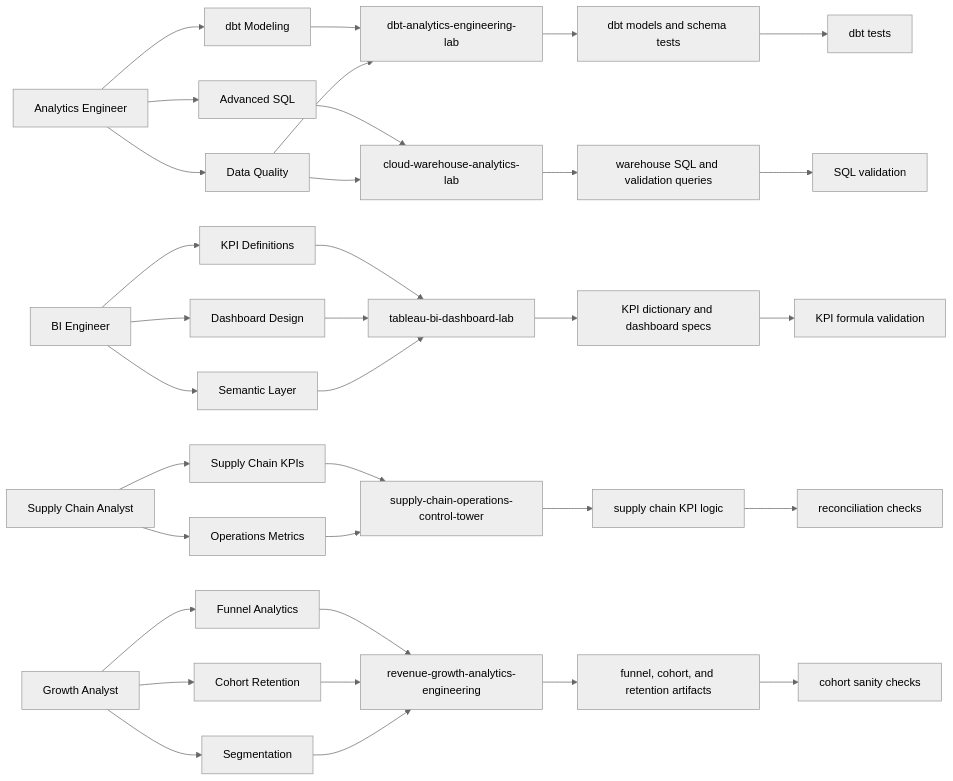
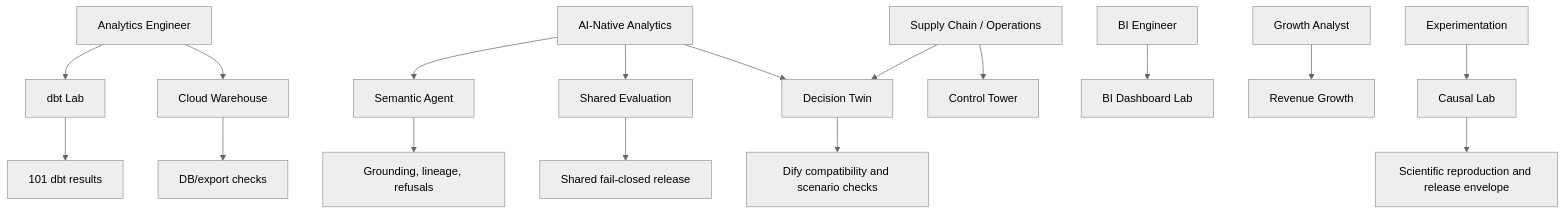
Before and after one commit to net421/AI-Native-Analytics-Portfolio-Roadmap: the diagram in EVIDENCE_GRAPH.md, drawn with Mermaid (neutral theme). The commit also changed other lines of this file, not shown here.

Commit message:
Update final portfolio evidence graph

````diff
--- a/EVIDENCE_GRAPH.md
+++ b/EVIDENCE_GRAPH.md
@@ -182,45 +11,20 @@
 ```mermaid
-flowchart LR
-    R1[Analytics Engineer] --> S1[dbt Modeling]
-    R1 --> S2[Advanced SQL]
-    R1 --> S3[Data Quality]
+flowchart TD
+    AE[Analytics Engineer] --> DBT[dbt Lab]
+    AE --> CW[Cloud Warehouse]
+    AI[AI-Native Analytics] --> SA[Semantic Agent]
+    AI --> EV[Shared Evaluation]
+    AI --> DT[Decision Twin]
+    SC[Supply Chain / Operations] --> SCT[Control Tower]
+    SC --> DT
+    BI[BI Engineer] --> DASH[BI Dashboard Lab]
+    GR[Growth Analyst] --> REV[Revenue Growth]
+    EXP[Experimentation] --> CAUSAL[Causal Lab]
 
-    R2[BI Engineer] --> S4[KPI Definitions]
-    R2 --> S5[Dashboard Design]
-    R2 --> S6[Semantic Layer]
-
-    R3[Supply Chain Analyst] --> S7[Supply Chain KPIs]
-    R3 --> S8[Operations Metrics]
-
-    R4[Growth Analyst] --> S9[Funnel Analytics]
-    R4 --> S10[Cohort Retention]
-    R4 --> S11[Segmentation]
-
-    S1 --> P1[dbt-analytics-engineering-lab]
-    S2 --> P2[cloud-warehouse-analytics-lab]
-    S3 --> P1
-    S3 --> P2
-
-    S4 --> P3[tableau-bi-dashboard-lab]
-    S5 --> P3
-    S6 --> P3
-
-    S7 --> P4[supply-chain-operations-control-tower]
-    S8 --> P4
-
-    S9 --> P5[revenue-growth-analytics-engineering]
-    S10 --> P5
-    S11 --> P5
-
-    P1 --> A1[dbt models and schema tests]
-    P2 --> A2[warehouse SQL and validation queries]
-    P3 --> A3[KPI dictionary and dashboard specs]
-    P4 --> A4[supply chain KPI logic]
-    P5 --> A5[funnel, cohort, and retention artifacts]
-
-    A1 --> V1[dbt tests]
-    A2 --> V2[SQL validation]
-    A3 --> V3[KPI formula validation]
-    A4 --> V4[reconciliation checks]
-    A5 --> V5[cohort sanity checks]
+    CW --> V1[DB/export checks]
+    DBT --> V2[101 dbt results]
+    SA --> V3[Grounding, lineage, refusals]
+    DT --> V4[Dify compatibility and scenario checks]
+    EV --> V5[Shared fail-closed release]
+    CAUSAL --> V6[Scientific reproduction and release envelope]
 ```
````
